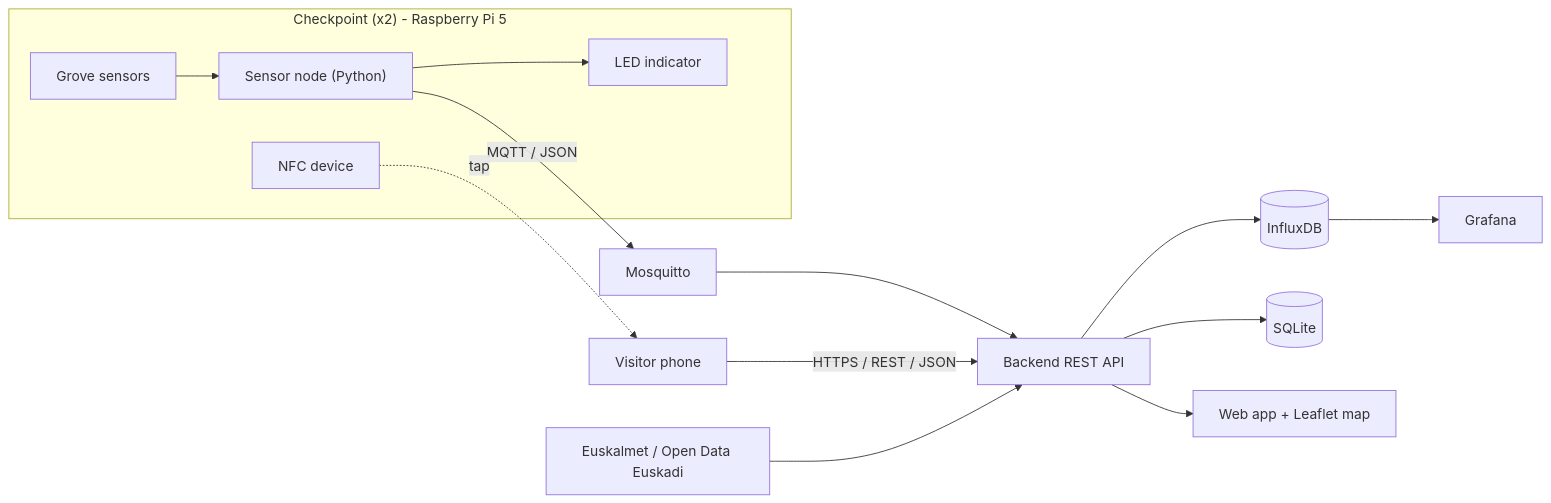
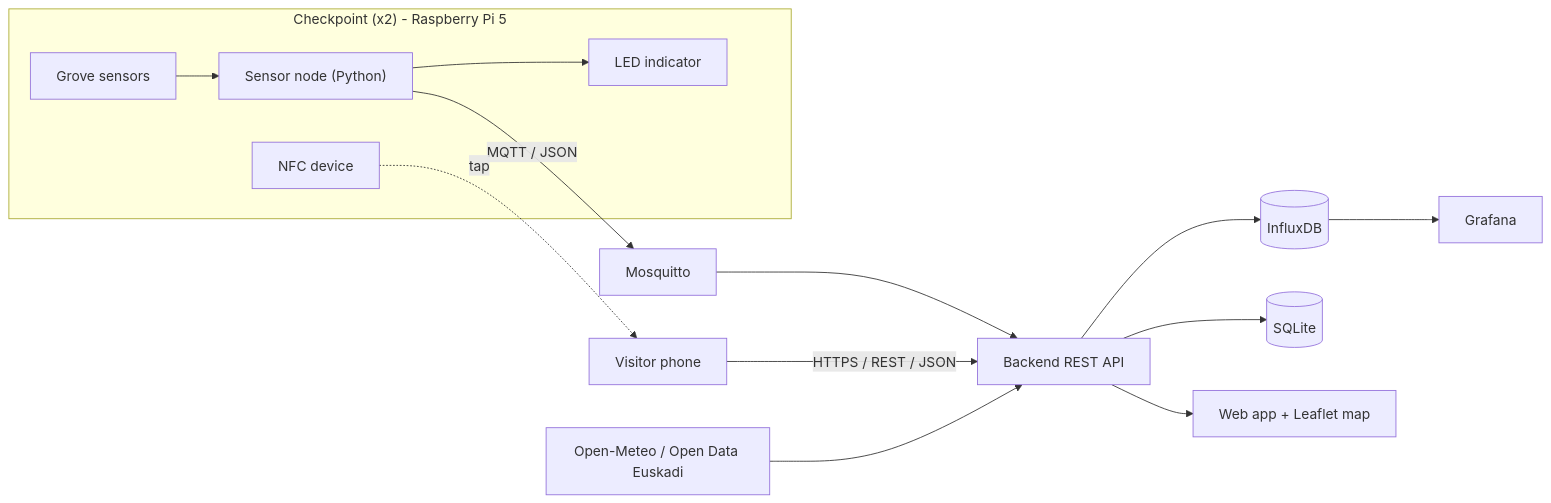
One commit to julianzangl/NatureCheckpoint changed the first of 4 diagrams in wiki/Architecture.md. Above: the diagram before and after it, drawn with Mermaid. The commit also changed other lines of this file and 9 other files, not shown here.

Commit message:
docs: add architecture decisions and align readme and wiki

````diff
--- a/wiki/Architecture.md
+++ b/wiki/Architecture.md
@@ -13,18 +13,18 @@
 ```mermaid
 flowchart LR
     subgraph CP["Checkpoint (x2) - Raspberry Pi 5"]
         S["Grove sensors"] --> SN["Sensor node (Python)"]
         SN --> LED["LED indicator"]
         NFC["NFC device"]
     end
     Phone["Visitor phone"]
     SN -- "MQTT / JSON" --> MQ["Mosquitto"]
     MQ --> BE["Backend REST API"]
     NFC -.->|tap| Phone
     Phone -- "HTTPS / REST / JSON" --> BE
     BE --> TS[("InfluxDB")]
     BE --> DB[("SQLite")]
     TS --> GF["Grafana"]
     BE --> WEB["Web app + Leaflet map"]
-    EXT["Euskalmet / Open Data Euskadi"] --> BE
+    EXT["Open-Meteo / Open Data Euskadi"] --> BE
 ```
````
